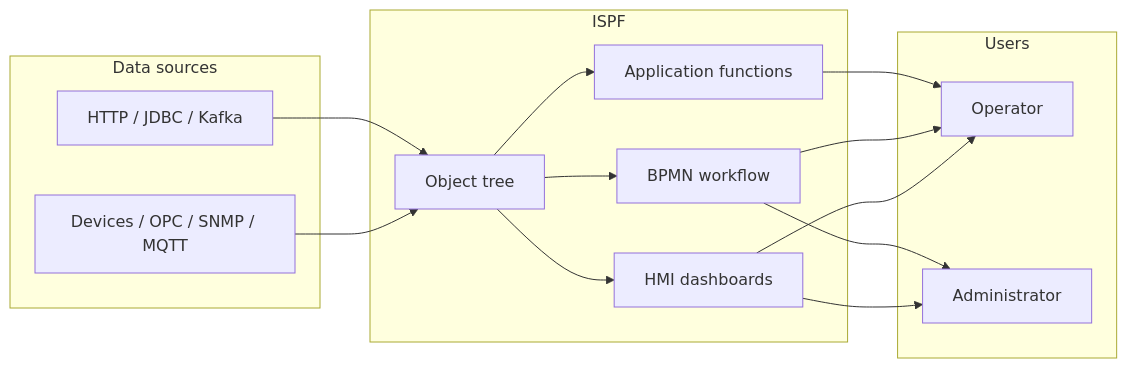
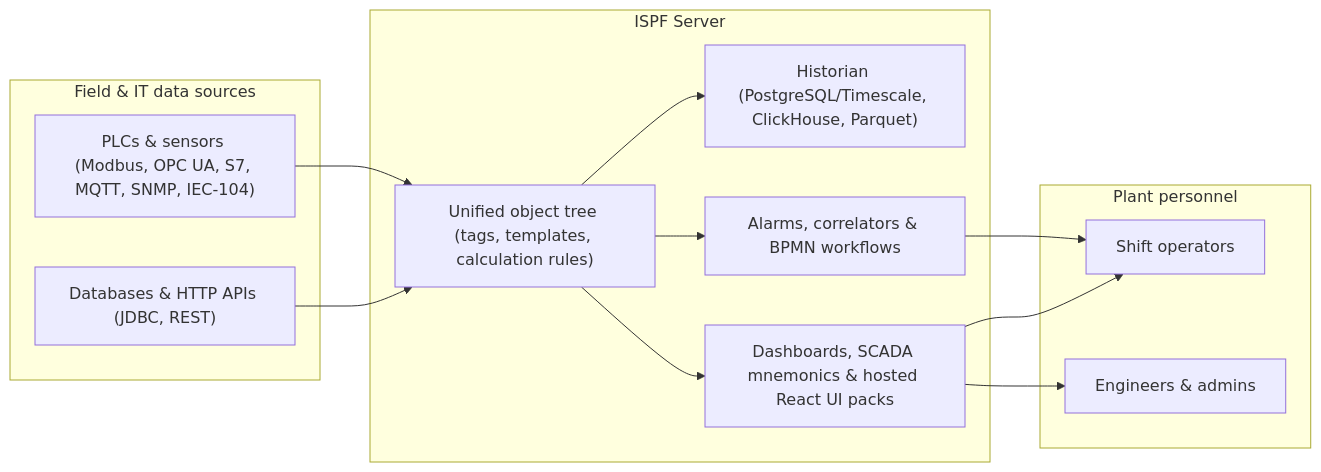
Before and after one commit to iot-solutions-ru/ispf: the diagram in docs/en/product.md, drawn with Mermaid. The commit also changed other lines of this file and 201 other files, not shown here.

````diff
--- a/docs/en/product.md
+++ b/docs/en/product.md
@@ -29,30 +31,28 @@
 ```mermaid
 graph LR
-    subgraph Sources["Data sources"]
-        DEV[Devices / OPC / SNMP / MQTT]
-        IT[HTTP / JDBC / Kafka]
+    subgraph Sources["Field & IT data sources"]
+        DEV["PLCs & sensors (Modbus, OPC UA, S7, MQTT, SNMP, IEC-104)"]
+        IT["Databases & HTTP APIs (JDBC, REST)"]
     end
 
-    subgraph ISPF["ISPF"]
-        TREE[Object tree]
-        HMI[HMI dashboards]
-        WF[BPMN workflow]
-        APP[Application functions]
+    subgraph ISPF["ISPF Server"]
+        TREE["Unified object tree (tags, templates, calculation rules)"]
+        HIST["Historian (PostgreSQL/Timescale, ClickHouse, Parquet)"]
+        AUTO["Alarms, correlators & BPMN workflows"]
+        UI["Dashboards, SCADA mnemonics & hosted React UI packs"]
     end
 
-    subgraph Users["Users"]
-        OP[Operator]
-        ADM[Administrator]
+    subgraph Users["Plant personnel"]
+        OP["Shift operators"]
+        ENG["Engineers & admins"]
     end
 
     DEV --> TREE
     IT --> TREE
-    TREE --> HMI
-    TREE --> WF
-    TREE --> APP
-    HMI --> OP
-    WF --> OP
-    APP --> OP
-    HMI --> ADM
-    WF --> ADM
+    TREE --> HIST
+    TREE --> AUTO
+    TREE --> UI
+    UI --> OP
+    AUTO --> OP
+    UI --> ENG
 ```
````
